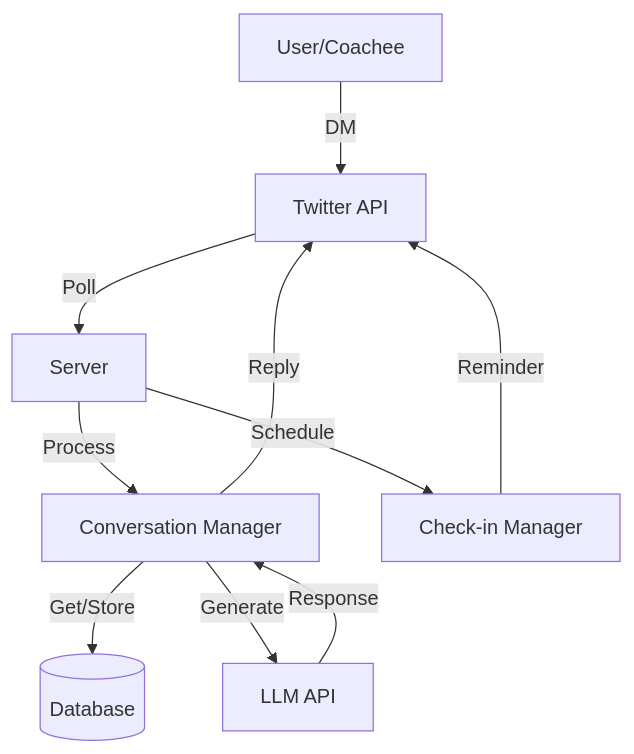
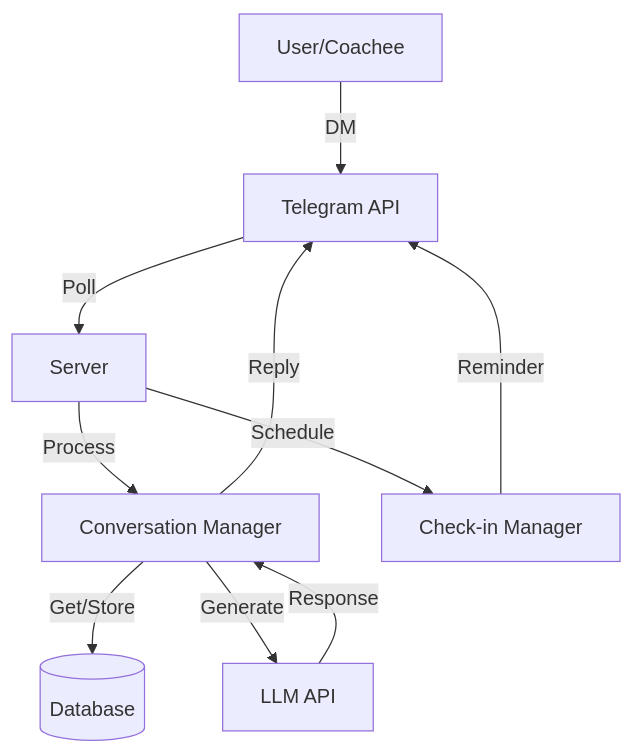
One commit to TheodoreChuang/habita changed the second of 3 diagrams in README.md. Above: the diagram before and after it, drawn with Mermaid. The commit also changed other lines of this file, not shown here.

````diff
--- a/README.md
+++ b/README.md
@@ -335,12 +301,12 @@
 ```mermaid
 flowchart TD
-    U[User/Coachee] -->|DM| T[Twitter API]
+    U[User/Coachee] -->|DM| T[Telegram API]
     T -->|Poll| S[Server]
     S -->|Process| C[Conversation Manager]
     C -->|Get/Store| D[(Database)]
     C -->|Generate| L[LLM API]
     L -->|Response| C
     C -->|Reply| T
     S -->|Schedule| CH[Check-in Manager]
     CH -->|Reminder| T
 ```
````
